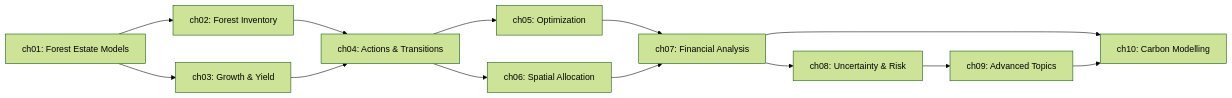
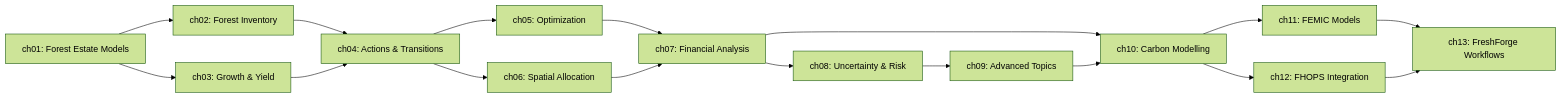
The second of 2 diagrams in docs/source/textbook/index.rst (UBC-FRESH/ws3), drawn with Mermaid (forest theme) before and after one commit. The commit also changed other lines of this file and 4 other files, not shown here.

First line of the commit message:
docs: add chapters 11-13 (FEMIC, FHOPS, FreshForge)

```diff
--- a/docs/source/textbook/index.rst
+++ b/docs/source/textbook/index.rst
@@ -62,15 +62,19 @@
 .. mermaid::
 
    graph LR
      CH01["ch01: Forest Estate Models"] --> CH02["ch02: Forest Inventory"]
      CH01 --> CH03["ch03: Growth & Yield"]
      CH02 --> CH04["ch04: Actions & Transitions"]
      CH03 --> CH04
      CH04 --> CH05["ch05: Optimization"]
      CH04 --> CH06["ch06: Spatial Allocation"]
      CH05 --> CH07["ch07: Financial Analysis"]
      CH06 --> CH07
      CH07 --> CH08["ch08: Uncertainty & Risk"]
      CH08 --> CH09["ch09: Advanced Topics"]
      CH07 --> CH10["ch10: Carbon Modelling"]
      CH09 --> CH10
+     CH10 --> CH11["ch11: FEMIC Models"]
+     CH10 --> CH12["ch12: FHOPS Integration"]
+     CH11 --> CH13["ch13: FreshForge Workflows"]
+     CH12 --> CH13
```
